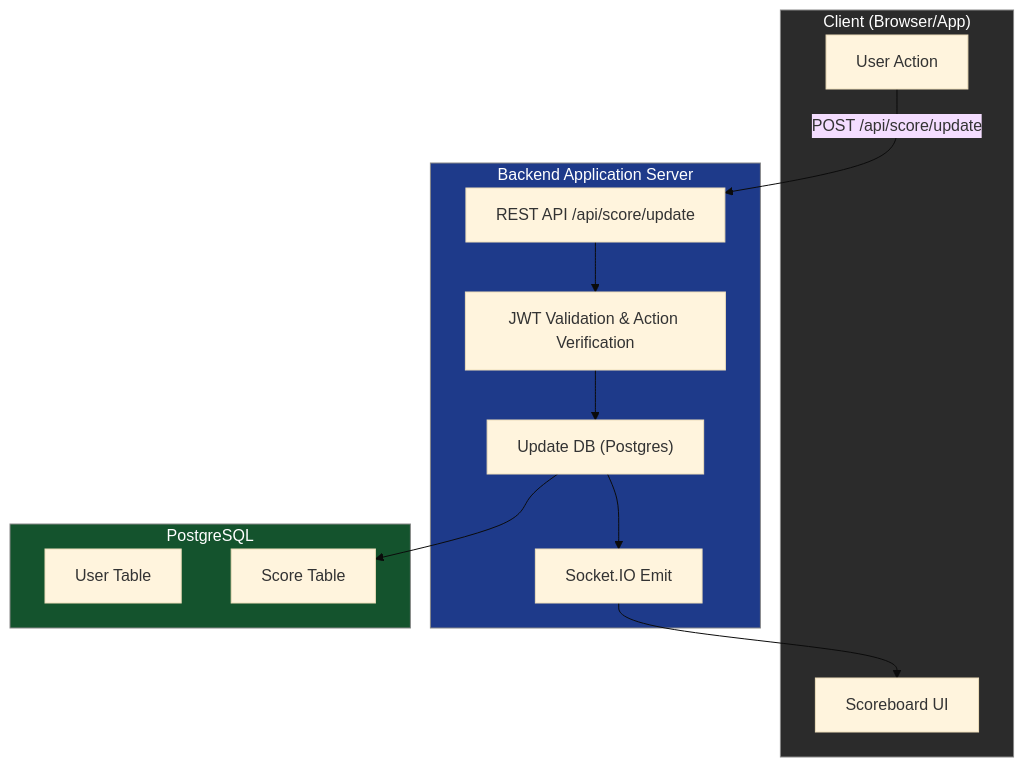
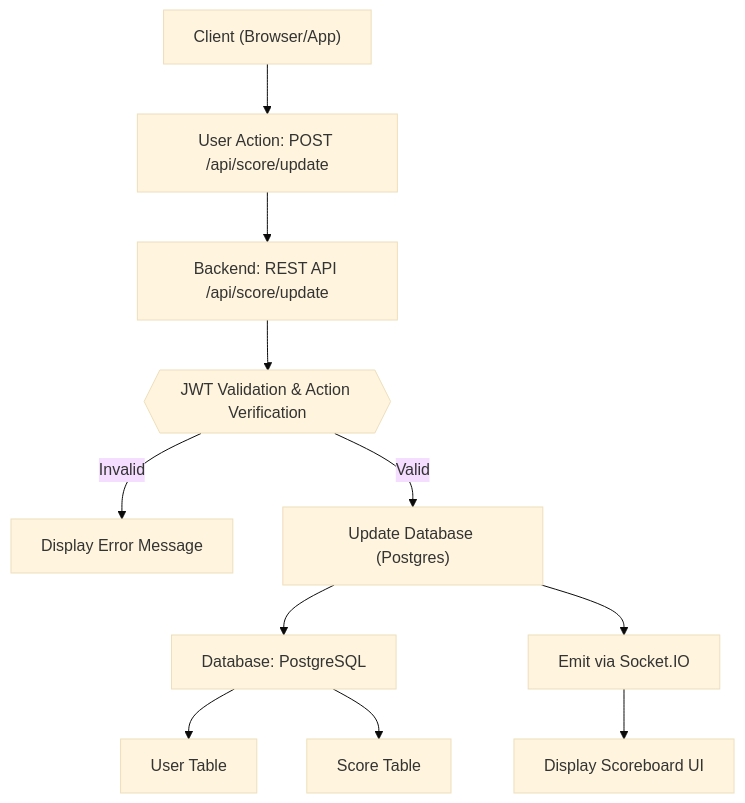
One commit to lvhoanthanh/react-login changed the diagram in backend/readme.md. Above: the diagram before and after it, drawn with Mermaid (base theme).

````diff
--- a/backend/readme.md
+++ b/backend/readme.md
@@ -185,32 +185,27 @@
 ```mermaid
 flowchart TB
+    %% Client
+    A["Client (Browser/App)"]
+    B["User Action: POST /api/score/update"]
+    C["Display Scoreboard UI"]
+    CE["Display Error Message"]
 
-    %% Cột 1: Client
-    subgraph Client["Client (Browser/App)"]
-        A1["User Action"]
-        A2["Scoreboard UI"]
-    end
-    style Client fill:#2b2b2b,stroke:#888,color:#fff
+    %% Backend
+    D["Backend: REST API /api/score/update"]
+    E{{"JWT Validation & Action Verification"}}
+    F["Update Database (Postgres)"]
+    G["Emit via Socket.IO"]
 
-    %% Cột 2: Backend
-    subgraph Backend["Backend Application Server"]
-        B1["REST API /api/score/update"]
-        B2["JWT Validation & Action Verification"]
-        B3["Update DB (Postgres)"]
-        B4["Socket.IO Emit"]
-    end
-    style Backend fill:#1e3a8a,stroke:#888,color:#fff
-
-    %% Cột 3: Database
-    subgraph DB["PostgreSQL"]
-        D1["User Table"]
-        D2["Score Table"]
-    end
-    style DB fill:#14532d,stroke:#888,color:#fff
+    %% Database
+    H["Database: PostgreSQL"]
+    I["User Table"]
+    J["Score Table"]
 
     %% Flow
-    A1 -->|POST /api/score/update| B1
-    B1 --> B2 --> B3 --> D2
-    B3 --> B4 --> A2
-
+    A --> B --> D --> E
+    E -- Valid --> F --> H
+    H --> I
+    H --> J
+    F --> G --> C
+    E -- Invalid --> CE
 ```
````
